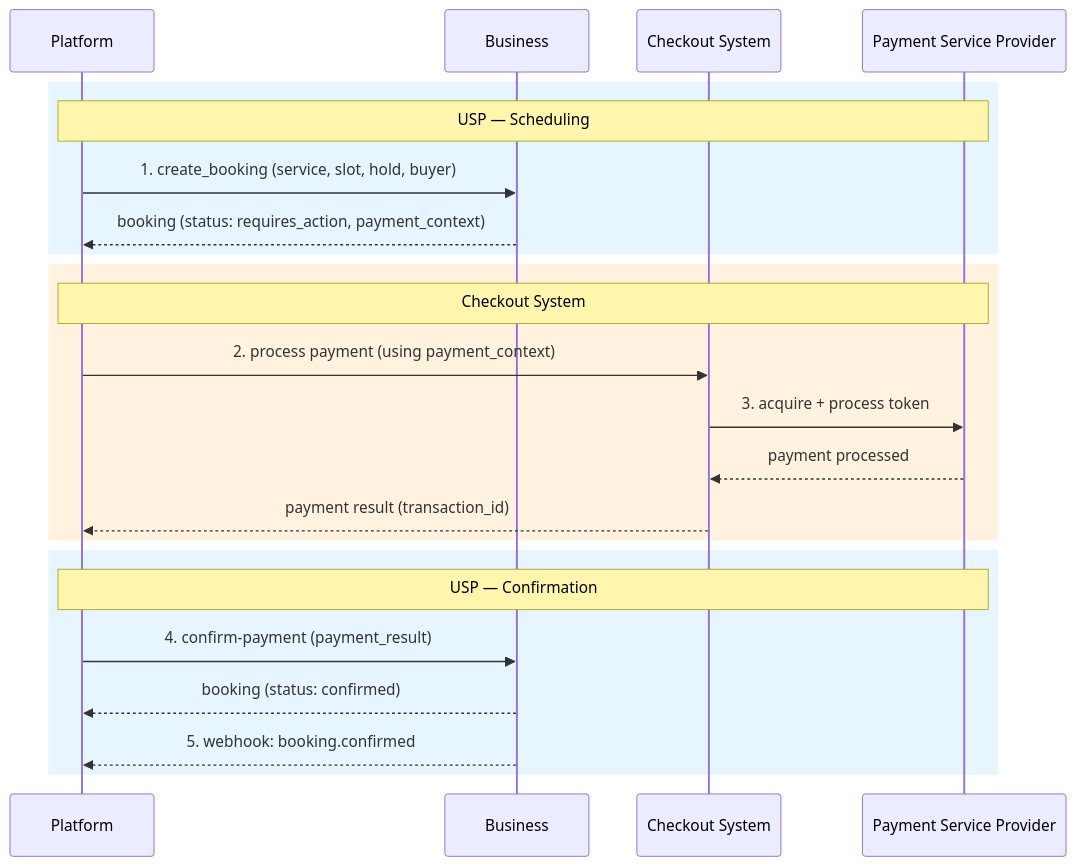
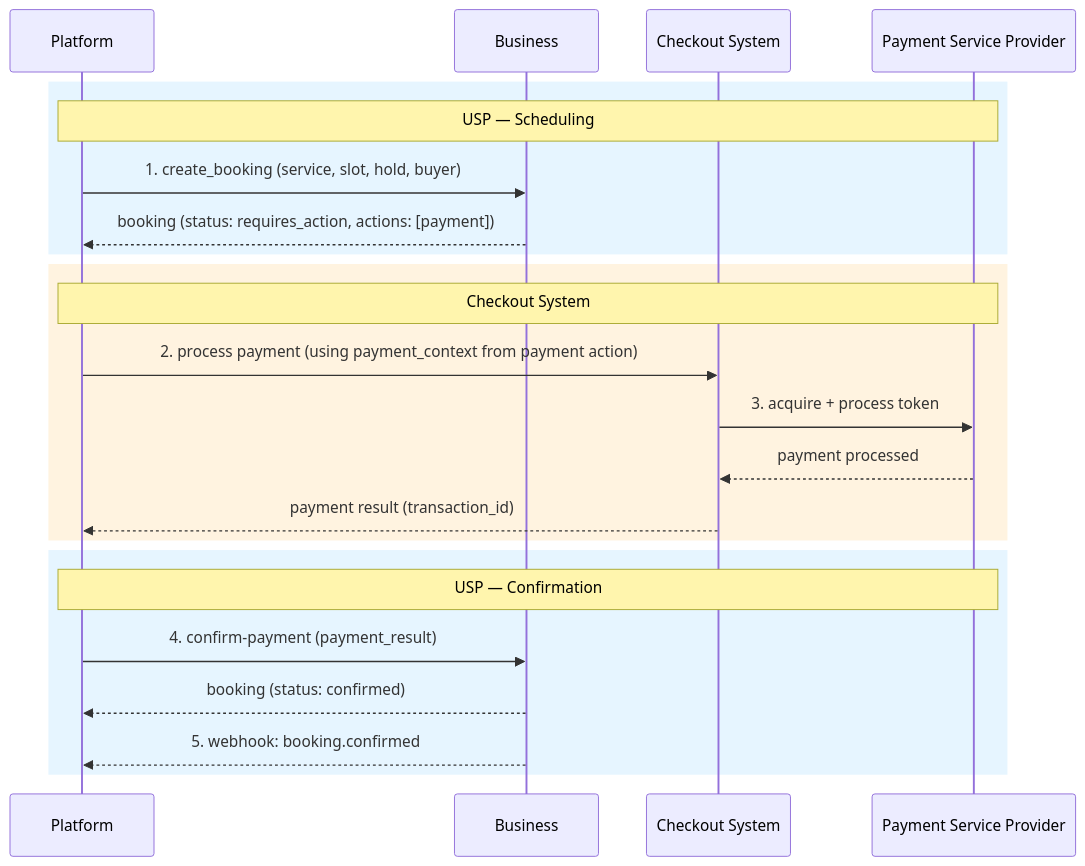
One commit to wix/universal-scheduling-protocol changed the sixth of 9 diagrams in specification.md. Above: the diagram before and after it, drawn with Mermaid. The commit also changed other lines of this file and 3 other files, not shown here.

````diff
--- a/specification.md
+++ b/specification.md
@@ -2299,28 +3190,28 @@
 ```mermaid
 sequenceDiagram
     participant P as Platform
     participant B as Business
     participant CS as Checkout System
     participant PSP as Payment Service Provider
 
     rect rgb(230, 245, 255)
     Note over P,PSP: USP — Scheduling
     P->>B: 1. create_booking (service, slot, hold, buyer)
-    B-->>P: booking (status: requires_action, payment_context)
+    B-->>P: booking (status: requires_action, actions: [payment])
     end
 
     rect rgb(255, 243, 224)
     Note over P,PSP: Checkout System
-    P->>CS: 2. process payment (using payment_context)
+    P->>CS: 2. process payment (using payment_context from payment action)
     CS->>PSP: 3. acquire + process token
     PSP-->>CS: payment processed
     CS-->>P: payment result (transaction_id)
     end
 
     rect rgb(230, 245, 255)
     Note over P,PSP: USP — Confirmation
     P->>B: 4. confirm-payment (payment_result)
     B-->>P: booking (status: confirmed)
     B-->>P: 5. webhook: booking.confirmed
     end
 ```
````
